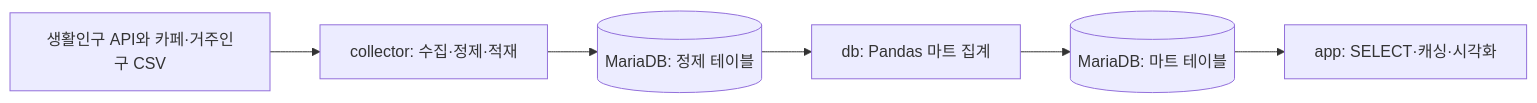
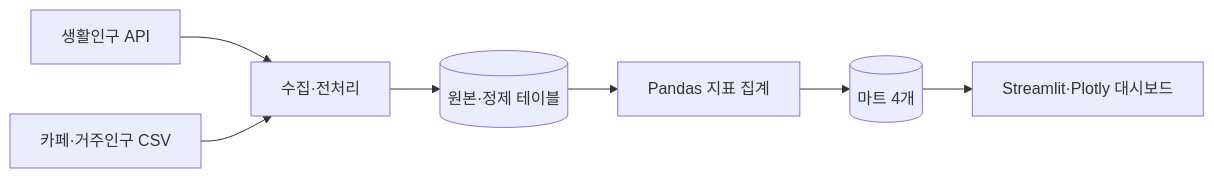
One commit to AI-Campus-1st/mini_project_2 changed the diagram in report/report.md. Above: the diagram before and after it, drawn with Mermaid. The commit also changed other lines of this file and 6 other files, not shown here.

````diff
--- a/report/report.md
+++ b/report/report.md
@@ -61,8 +39,9 @@
 ```mermaid
 flowchart LR
-    A[생활인구 API와 카페·거주인구 CSV] --> B[collector: 수집·정제·적재]
-    B --> C[(MariaDB: 정제 테이블)]
-    C --> D[db: Pandas 마트 집계]
-    D --> E[(MariaDB: 마트 테이블)]
-    E --> F[app: SELECT·캐싱·시각화]
+    A[생활인구 API] --> C[수집·전처리]
+    B[카페·거주인구 CSV] --> C
+    C --> D[(원본·정제 테이블)]
+    D --> E[Pandas 지표 집계]
+    E --> F[(마트 4개)]
+    F --> G[Streamlit·Plotly 대시보드]
 ```
````
